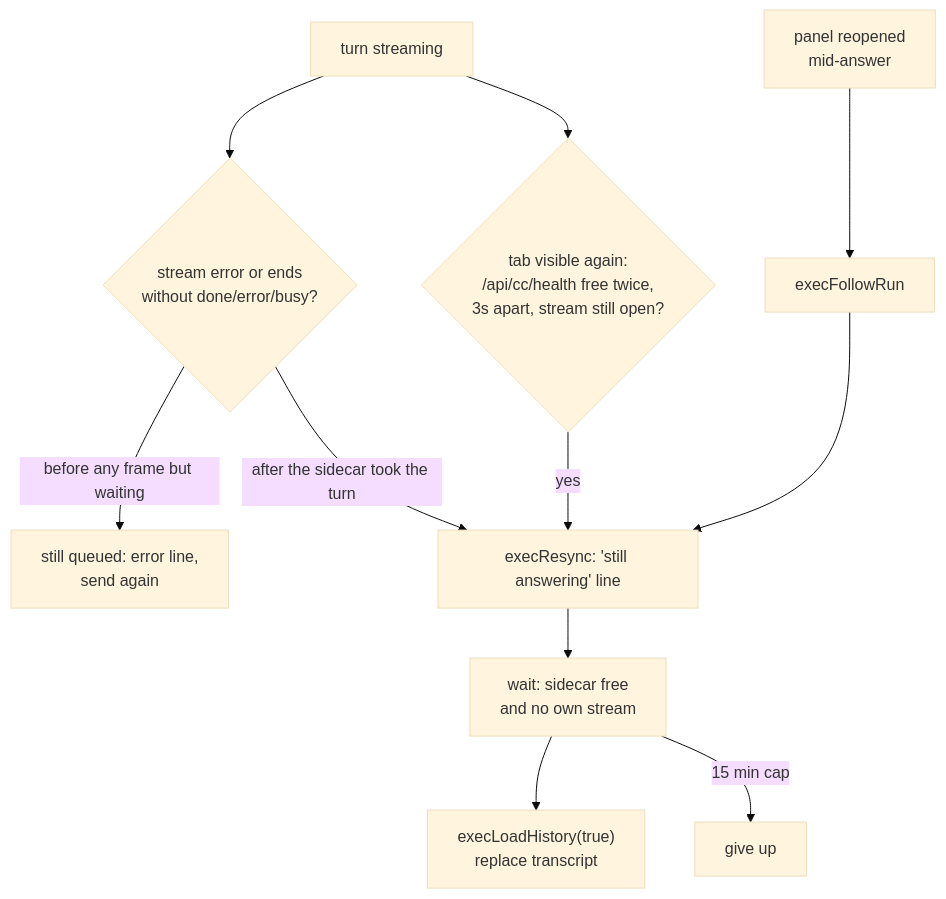
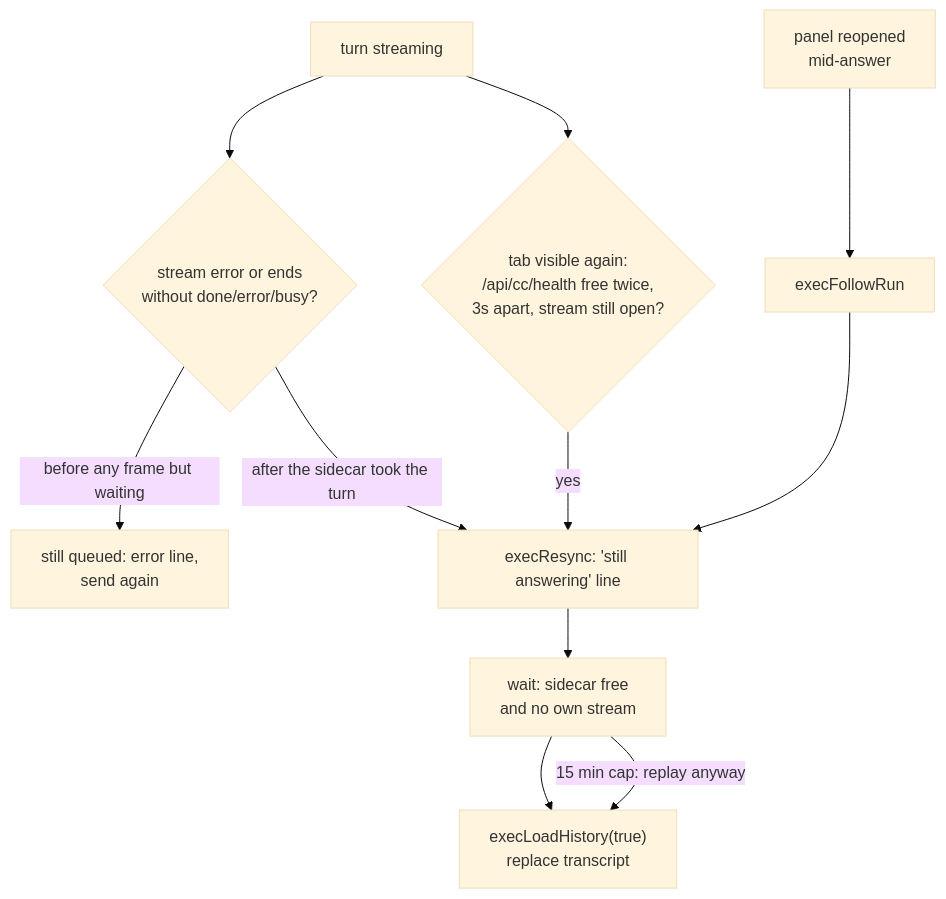
One commit to wai-lau/exec-fn changed the diagram in docs/arch/07-resync.mmd. Above: the diagram before and after it, drawn with Mermaid (base theme). The commit also changed 42 other files, not shown here.

```diff
--- a/docs/arch/07-resync.mmd
+++ b/docs/arch/07-resync.mmd
@@ -1,10 +1,10 @@
 flowchart TD
   S["turn streaming"] --> A{"stream error or ends<br/>without done/error/busy?"}
   A -->|"before any frame but waiting"| Q["still queued: error line,<br/>send again"]
   A -->|"after the sidecar took the turn"| R
   S --> W{"tab visible again:<br/>/api/cc/health free twice,<br/>3s apart, stream still open?"}
   W -->|yes| R
   O["panel reopened<br/>mid-answer"] --> F["execFollowRun"] --> R
   R["execResync: 'still answering' line"] --> B["wait: sidecar free<br/>and no own stream"]
   B --> H["execLoadHistory(true)<br/>replace transcript"]
-  B -->|"15 min cap"| G["give up"]
+  B -->|"15 min cap: replay anyway"| H
```
